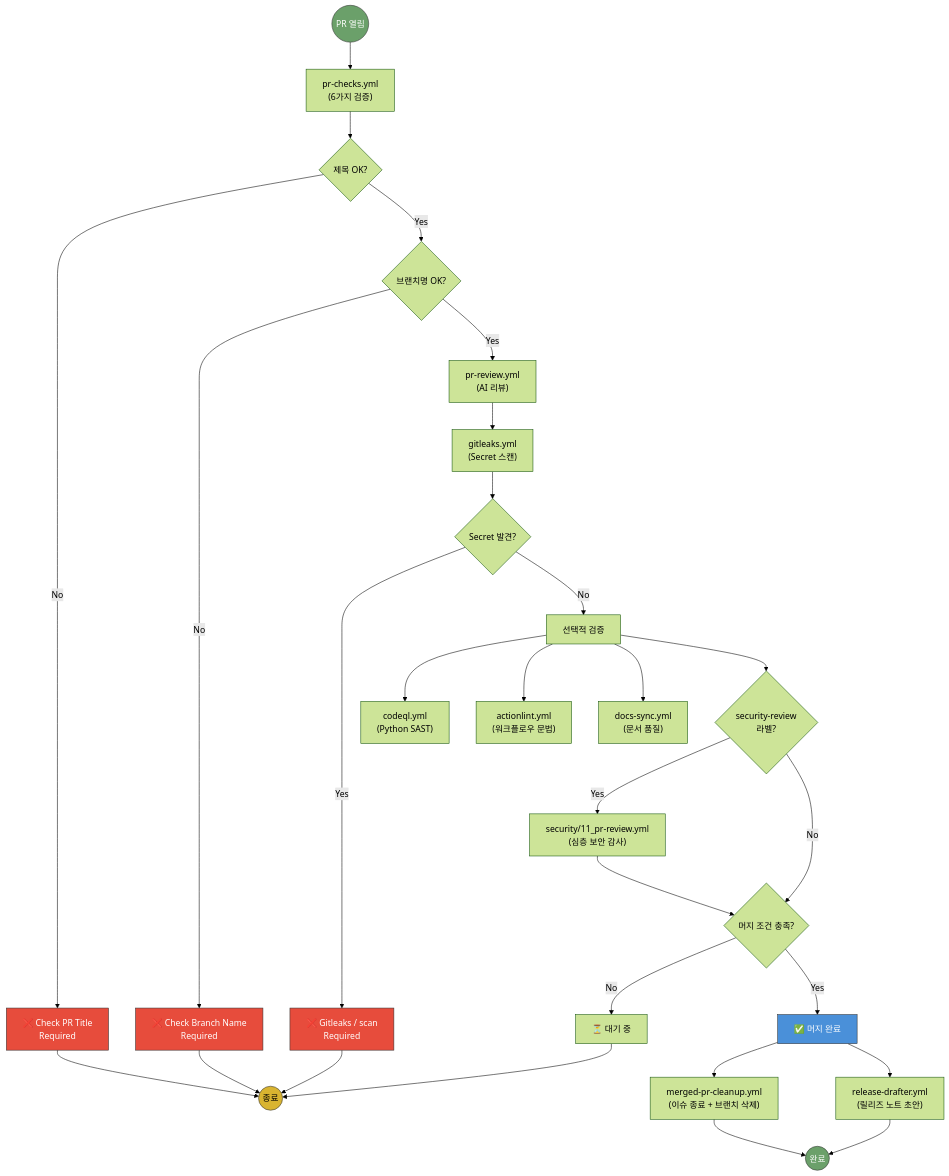
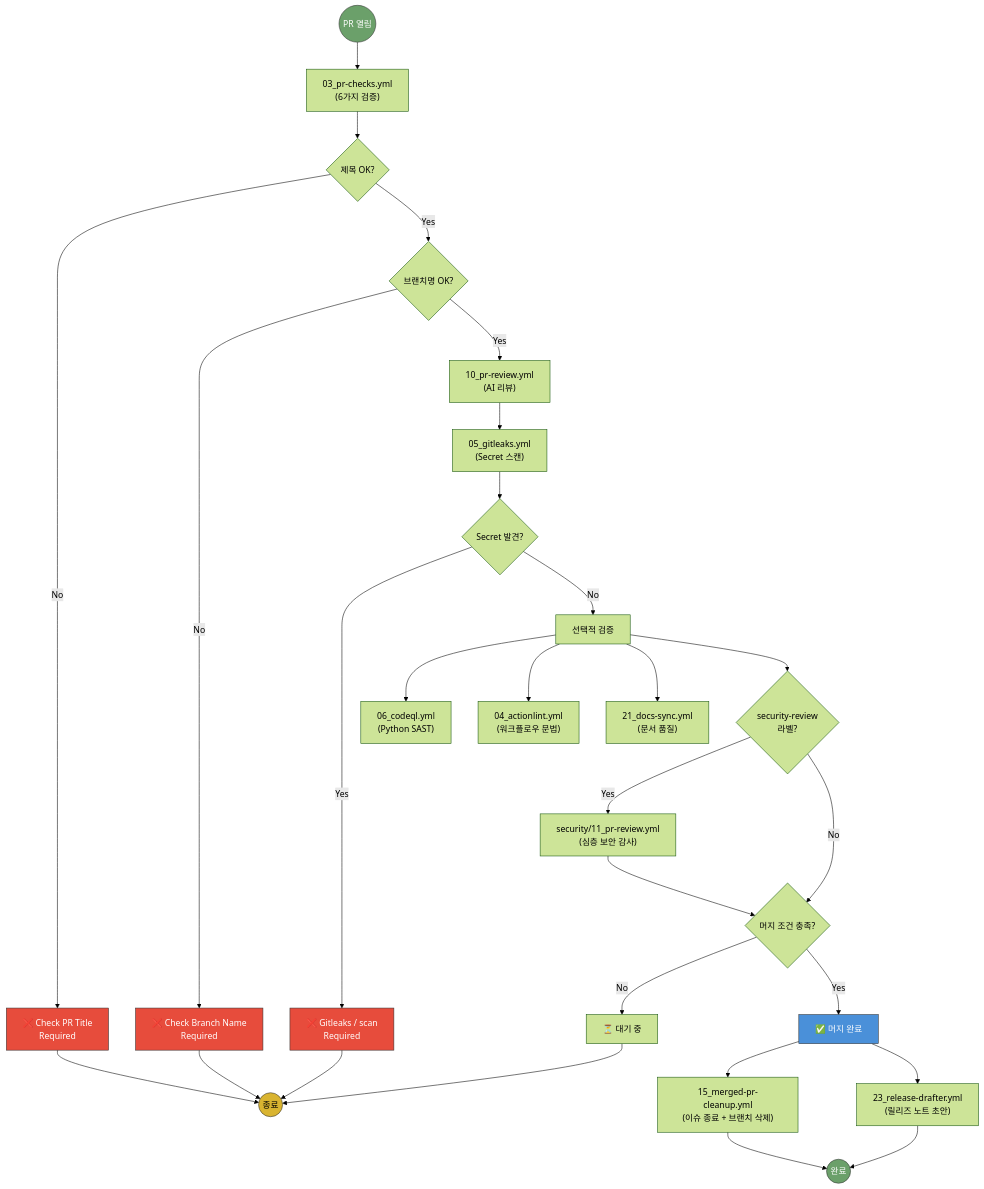
Before and after one commit to jclee941/.github: the second of 10 diagrams in docs/architecture.md, drawn with Mermaid (forest theme). The commit also changed other lines of this file and 11 other files, not shown here.

First line of the commit message:
docs: fix broken config references and upgrade legacy markdown diagrams

````diff
--- a/docs/architecture.md
+++ b/docs/architecture.md
@@ -60,46 +60,46 @@
 ```mermaid
 flowchart TD
-    START(("PR 열림")) --> CHECKS["pr-checks.yml<br/>(6가지 검증)"]
+    START(("PR 열림")) --> CHECKS["03_pr-checks.yml<br/>(6가지 검증)"]
     
     CHECKS --> TITLE{제목 OK?}
     TITLE -->|No| FAIL1["❌ Check PR Title<br/>Required"]
     TITLE -->|Yes| BRANCH{브랜치명 OK?}
     
     BRANCH -->|No| FAIL2["❌ Check Branch Name<br/>Required"]
-    BRANCH -->|Yes| REVIEW["pr-review.yml<br/>(AI 리뷰)"]
+    BRANCH -->|Yes| REVIEW["10_pr-review.yml<br/>(AI 리뷰)"]
     
-    REVIEW --> GITLEAKS["gitleaks.yml<br/>(Secret 스캔)"]
+    REVIEW --> GITLEAKS["05_gitleaks.yml<br/>(Secret 스캔)"]
     GITLEAKS --> SECRET{Secret 발견?}
     SECRET -->|Yes| FAIL3["❌ Gitleaks / scan<br/>Required"]
     SECRET -->|No| OPTIONAL["선택적 검증"]
     
-    OPTIONAL --> CODEQL["codeql.yml<br/>(Python SAST)"]
-    OPTIONAL --> ACTIONLINT["actionlint.yml<br/>(워크플로우 문법)"]
-    OPTIONAL --> DOCS["docs-sync.yml<br/>(문서 품질)"]
+    OPTIONAL --> CODEQL["06_codeql.yml<br/>(Python SAST)"]
+    OPTIONAL --> ACTIONLINT["04_actionlint.yml<br/>(워크플로우 문법)"]
+    OPTIONAL --> DOCS["21_docs-sync.yml<br/>(문서 품질)"]
     
     OPTIONAL --> SECURITY{"security-review<br/>라벨?"}
     SECURITY -->|Yes| DEEP["security/11_pr-review.yml<br/>(심층 보안 감사)"]
     SECURITY -->|No| MERGE_CHECK
     
     DEEP --> MERGE_CHECK{머지 조건 충족?}
     MERGE_CHECK -->|No| WAIT["⏳ 대기 중"]
     MERGE_CHECK -->|Yes| MERGED["✅ 머지 완료"]
     
-    MERGED --> CLEANUP["merged-pr-cleanup.yml<br/>(이슈 종료 + 브랜치 삭제)"]
-    MERGED --> RELEASE["release-drafter.yml<br/>(릴리즈 노트 초안)"]
+    MERGED --> CLEANUP["15_merged-pr-cleanup.yml<br/>(이슈 종료 + 브랜치 삭제)"]
+    MERGED --> RELEASE["23_release-drafter.yml<br/>(릴리즈 노트 초안)"]
     
     FAIL1 --> END1(("종료"))
     FAIL2 --> END1
     FAIL3 --> END1
     WAIT --> END1
     CLEANUP --> END2(("완료"))
     RELEASE --> END2
     
     style START fill:#6ba06a,stroke:#333,color:#fff
     style END1 fill:#d9b430,stroke:#333,color:#000
     style END2 fill:#6ba06a,stroke:#333,color:#fff
     style FAIL1 fill:#e74c3c,stroke:#333,color:#fff
     style FAIL2 fill:#e74c3c,stroke:#333,color:#fff
     style FAIL3 fill:#e74c3c,stroke:#333,color:#fff
     style MERGED fill:#4a90d9,stroke:#333,color:#fff
 ```
````
